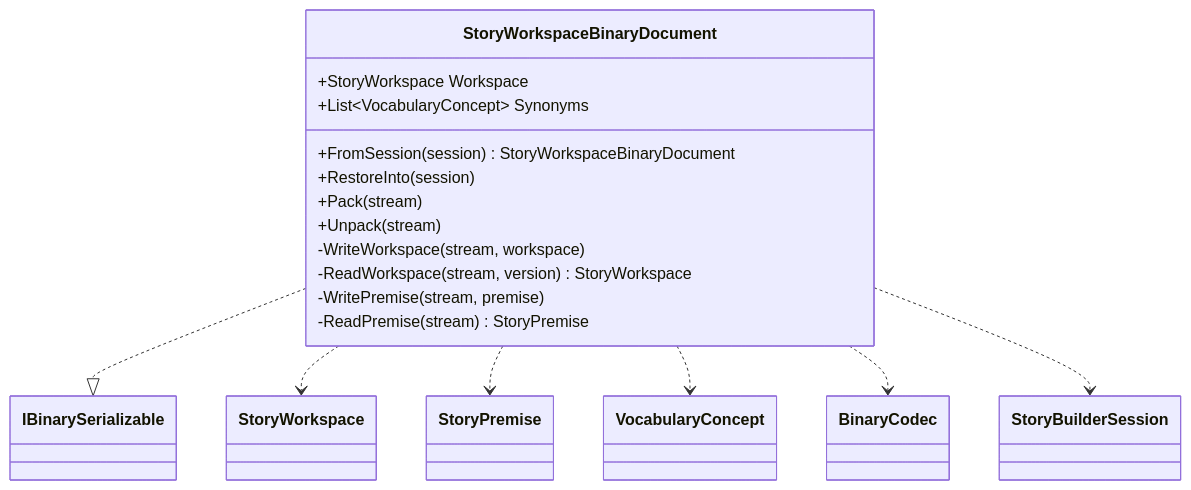
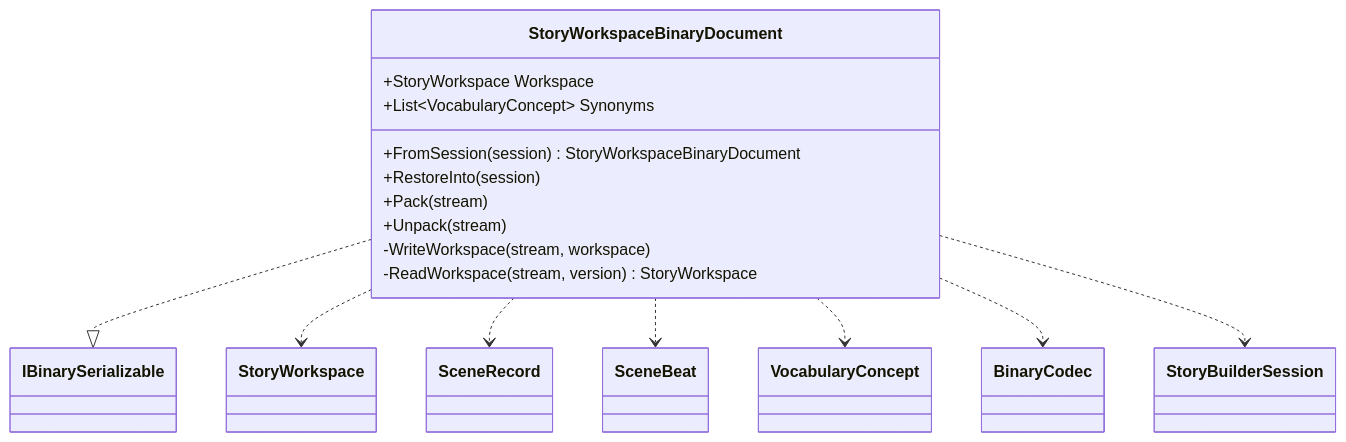
The diagram in docs/UML/StoryWorkspaceBinaryDocumentUML.md (TrentBest/StoryBuilder), drawn with Mermaid before and after one commit. The commit also changed other lines of this file and 10 other files, not shown here.

````diff
--- a/docs/UML/StoryWorkspaceBinaryDocumentUML.md
+++ b/docs/UML/StoryWorkspaceBinaryDocumentUML.md
@@ -5,21 +5,20 @@
 ```mermaid
 classDiagram
-class StoryWorkspaceBinaryDocument {
-  +StoryWorkspace Workspace
-  +List~VocabularyConcept~ Synonyms
-  +FromSession(session) StoryWorkspaceBinaryDocument
-  +RestoreInto(session)
-  +Pack(stream)
-  +Unpack(stream)
-  -WriteWorkspace(stream, workspace)
-  -ReadWorkspace(stream, version) StoryWorkspace
-  -WritePremise(stream, premise)
-  -ReadPremise(stream) StoryPremise
-}
-StoryWorkspaceBinaryDocument ..|> IBinarySerializable
-StoryWorkspaceBinaryDocument ..> StoryWorkspace
-StoryWorkspaceBinaryDocument ..> StoryPremise
-StoryWorkspaceBinaryDocument ..> VocabularyConcept
-StoryWorkspaceBinaryDocument ..> BinaryCodec
-StoryWorkspaceBinaryDocument ..> StoryBuilderSession
+    class StoryWorkspaceBinaryDocument {
+        +StoryWorkspace Workspace
+        +List~VocabularyConcept~ Synonyms
+        +FromSession(session) StoryWorkspaceBinaryDocument
+        +RestoreInto(session)
+        +Pack(stream)
+        +Unpack(stream)
+        -WriteWorkspace(stream, workspace)
+        -ReadWorkspace(stream, version) StoryWorkspace
+    }
+    StoryWorkspaceBinaryDocument ..|> IBinarySerializable
+    StoryWorkspaceBinaryDocument ..> StoryWorkspace
+    StoryWorkspaceBinaryDocument ..> SceneRecord
+    StoryWorkspaceBinaryDocument ..> SceneBeat
+    StoryWorkspaceBinaryDocument ..> VocabularyConcept
+    StoryWorkspaceBinaryDocument ..> BinaryCodec
+    StoryWorkspaceBinaryDocument ..> StoryBuilderSession
 ```
````
